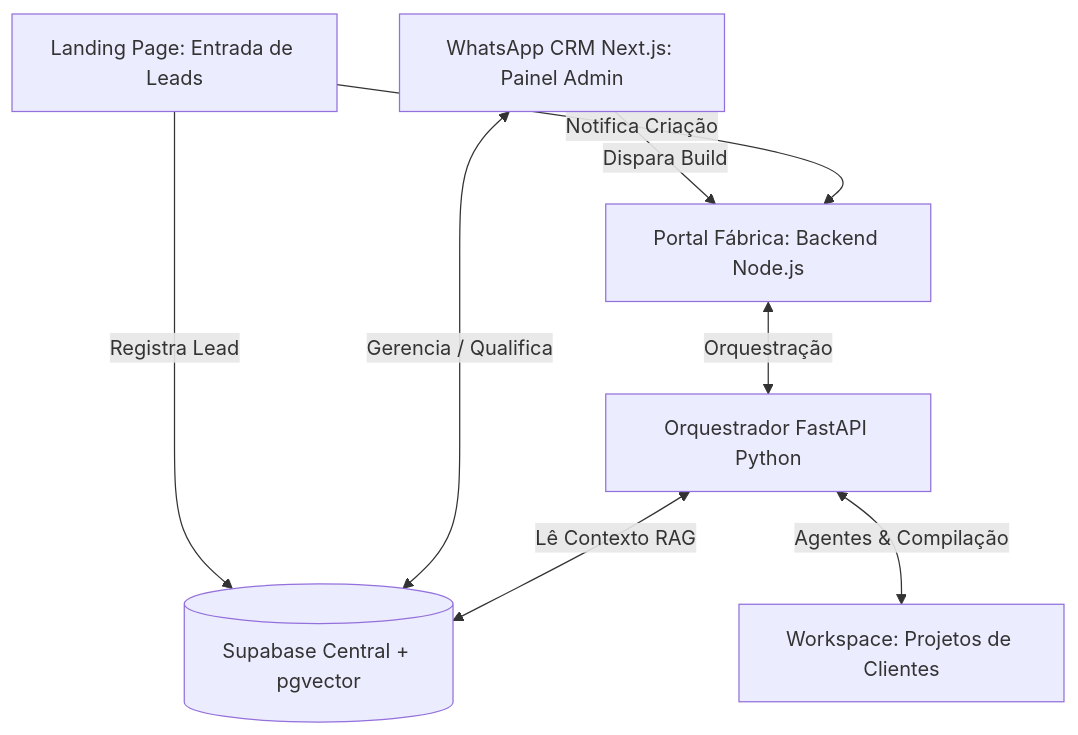
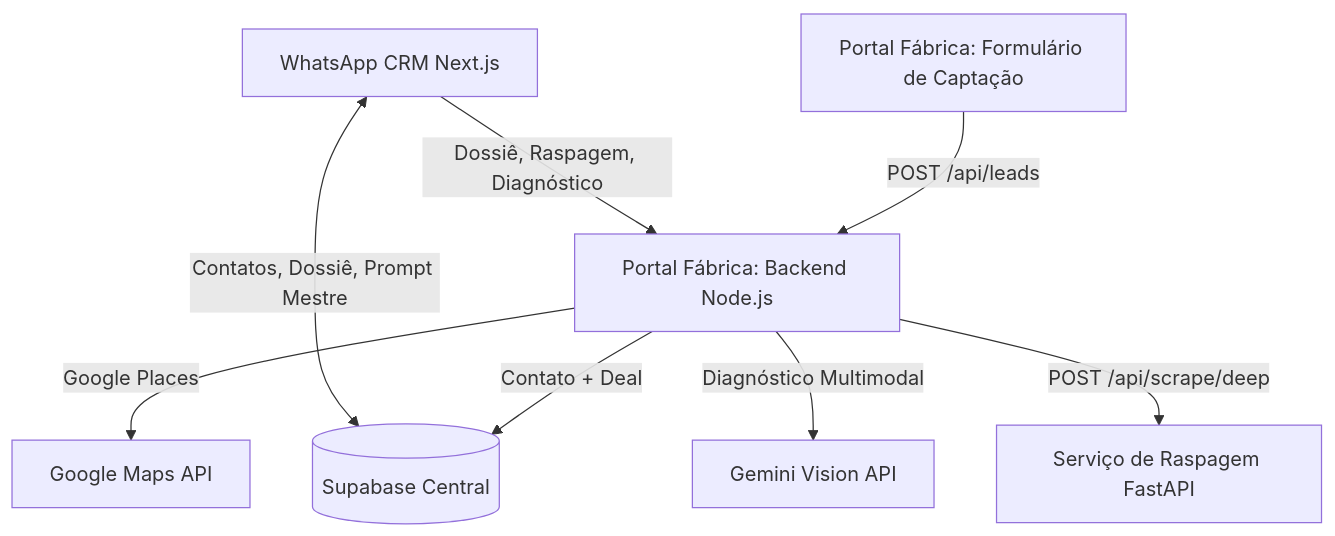
The diagram in docs/architecture.md (Emerson018/website_agent_orchestration), drawn with Mermaid before and after one commit. The commit also changed other lines of this file and 2 other files, not shown here.

Commit message:
docs: describe the prompt-only pipeline in README and guides

````diff
--- a/docs/architecture.md
+++ b/docs/architecture.md
@@ -11,10 +9,10 @@
 ```mermaid
 graph TD
-    A[Landing Page: Entrada de Leads] -->|Registra Lead| E[(Supabase Central + pgvector)]
-    H[WhatsApp CRM Next.js: Painel Admin] <-->|Gerencia / Qualifica| E
-    H -->|Dispara Build| B[Portal Fábrica: Backend Node.js]
-    B <-->|Orquestração| C[Orquestrador FastAPI Python]
-    C <-->|Lê Contexto RAG| E
-    C <-->|Agentes & Compilação| D[Workspace: Projetos de Clientes]
-    A -->|Notifica Criação| B
+    A[Portal Fábrica: Formulário de Captação] -->|POST /api/leads| B[Portal Fábrica: Backend Node.js]
+    B -->|Contato + Deal| E[(Supabase Central)]
+    H[WhatsApp CRM Next.js] <-->|Contatos, Dossiê, Prompt Mestre| E
+    H -->|Dossiê, Raspagem, Diagnóstico| B
+    B -->|Google Places| G[Google Maps API]
+    B -->|Diagnóstico Multimodal| M[Gemini Vision API]
+    B -->|POST /api/scrape/deep| C[Serviço de Raspagem FastAPI]
 ```
````
